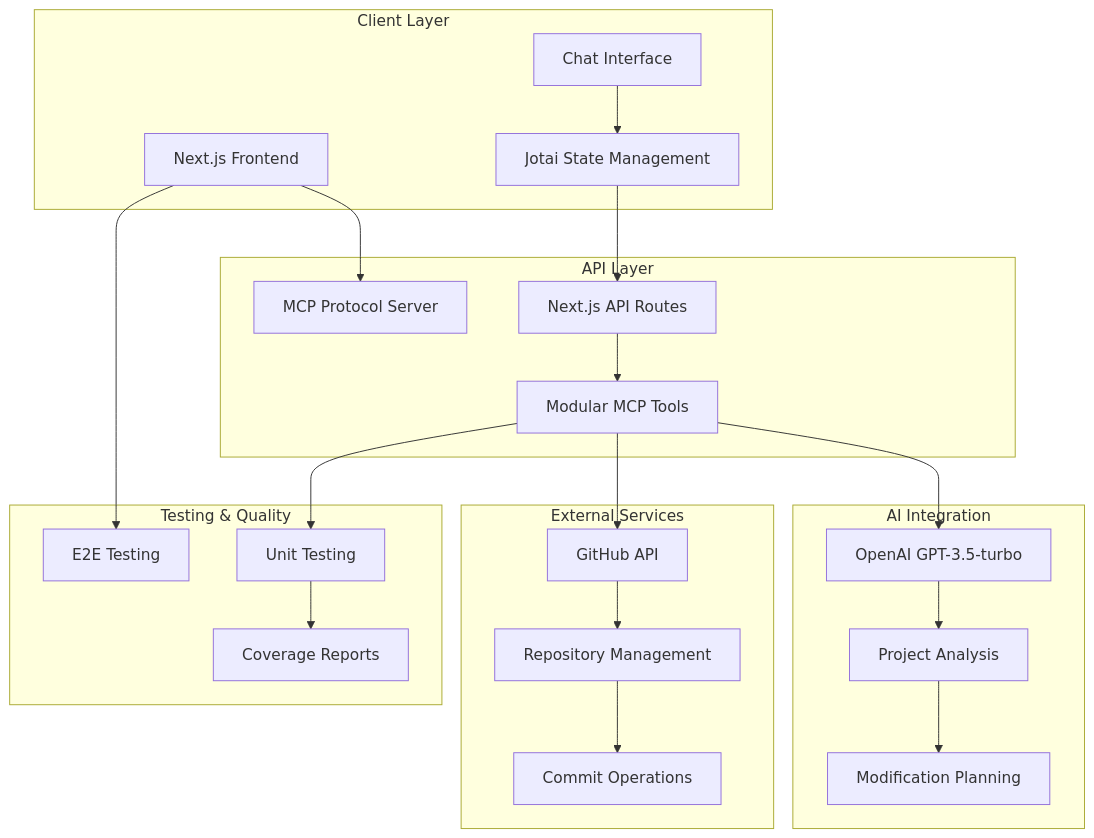
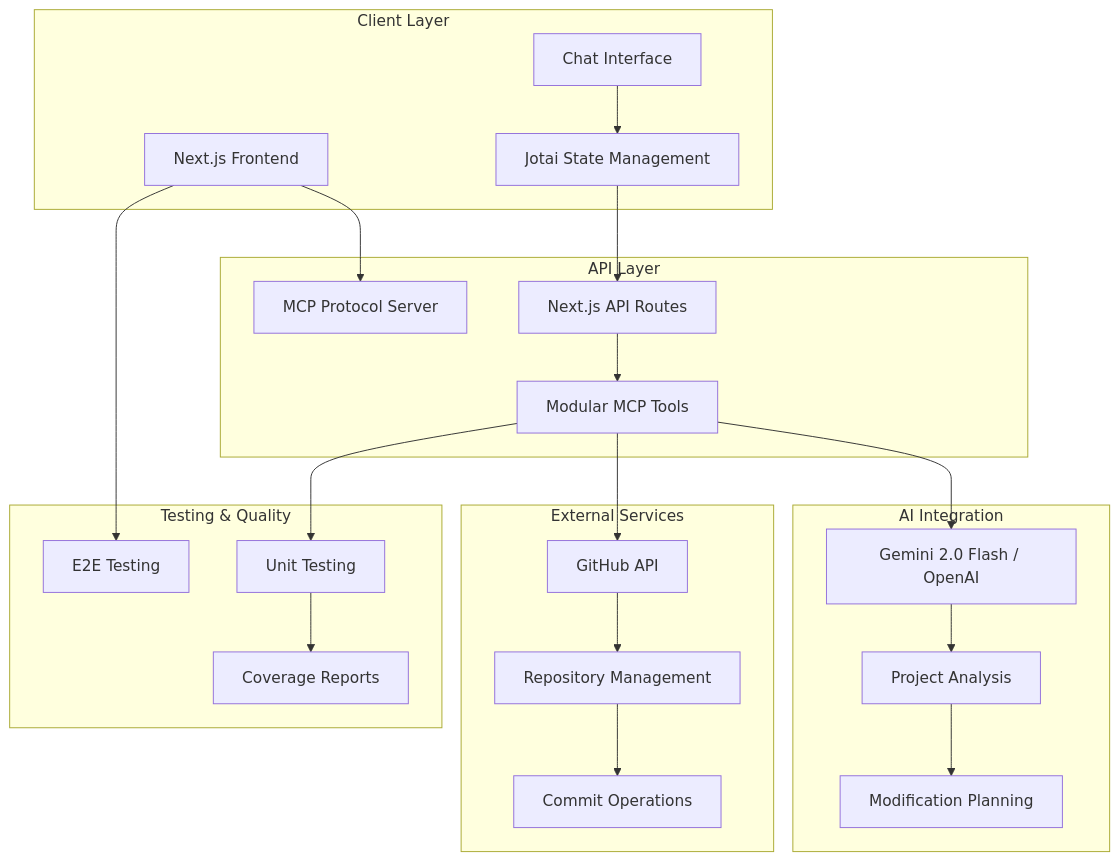
One commit to cheshirecode/test-keycardai changed the first of 4 diagrams in README.md. Above: the diagram before and after it, drawn with Mermaid. The commit also changed other lines of this file, not shown here.

Commit message:
docs: update README to reflect Planning Mode and remove Fast Mode, with gemini as default

````diff
--- a/README.md
+++ b/README.md
@@ -79,46 +80,46 @@
 ```mermaid
 graph TB
     subgraph "Client Layer"
         UI[Next.js Frontend]
         Chat[Chat Interface]
         State[Jotai State Management]
     end
 
     subgraph "API Layer"
         MCP[MCP Protocol Server]
         Routes[Next.js API Routes]
         Tools[Modular MCP Tools]
     end
 
     subgraph "AI Integration"
-        OpenAI[OpenAI GPT-3.5-turbo]
+        AIProvider[Gemini 2.0 Flash / OpenAI]
         Analysis[Project Analysis]
         Planning[Modification Planning]
     end
 
     subgraph "External Services"
         GitHub[GitHub API]
         Repos[Repository Management]
         Commits[Commit Operations]
     end
 
     subgraph "Testing & Quality"
         Playwright[E2E Testing]
         Vitest[Unit Testing]
         Coverage[Coverage Reports]
     end
 
     UI --> MCP
     Chat --> State
     State --> Routes
     Routes --> Tools
-    Tools --> OpenAI
+    Tools --> AIProvider
     Tools --> GitHub
-    OpenAI --> Analysis
+    AIProvider --> Analysis
     Analysis --> Planning
     GitHub --> Repos
     Repos --> Commits
     UI --> Playwright
     Tools --> Vitest
     Vitest --> Coverage
 ```
````
